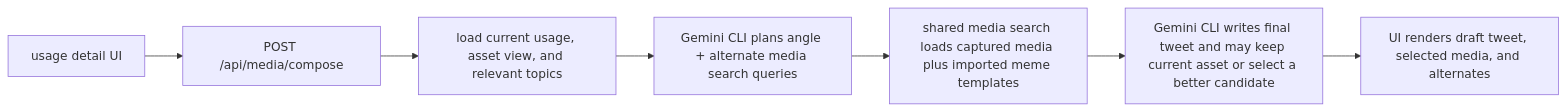
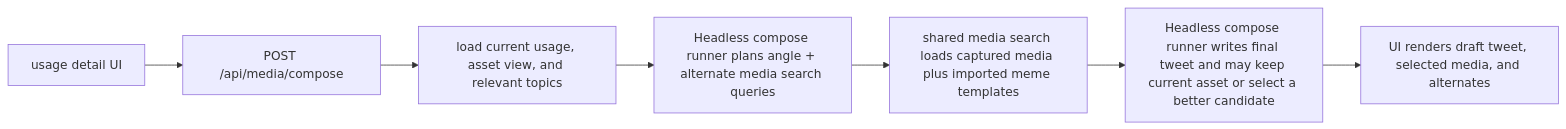
The eighth of 14 diagrams in agent_docs/20-runtime-flows.md (nicholaslocascio/x-claw-studio), drawn with Mermaid before and after one commit. The commit also changed other lines of this file and 318 other files, not shown here.

````diff
--- a/agent_docs/20-runtime-flows.md
+++ b/agent_docs/20-runtime-flows.md
@@ -214,9 +240,9 @@
 ```mermaid
 flowchart LR
   A["usage detail UI"] --> B["POST /api/media/compose"]
   B --> C["load current usage, asset view, and relevant topics"]
-  C --> D["Gemini CLI plans angle + alternate media search queries"]
+  C --> D["Headless compose runner plans angle + alternate media search queries"]
   D --> E["shared media search loads captured media plus imported meme templates"]
-  E --> F["Gemini CLI writes final tweet and may keep current asset or select a better candidate"]
+  E --> F["Headless compose runner writes final tweet and may keep current asset or select a better candidate"]
   F --> G["UI renders draft tweet, selected media, and alternates"]
 ```
````
